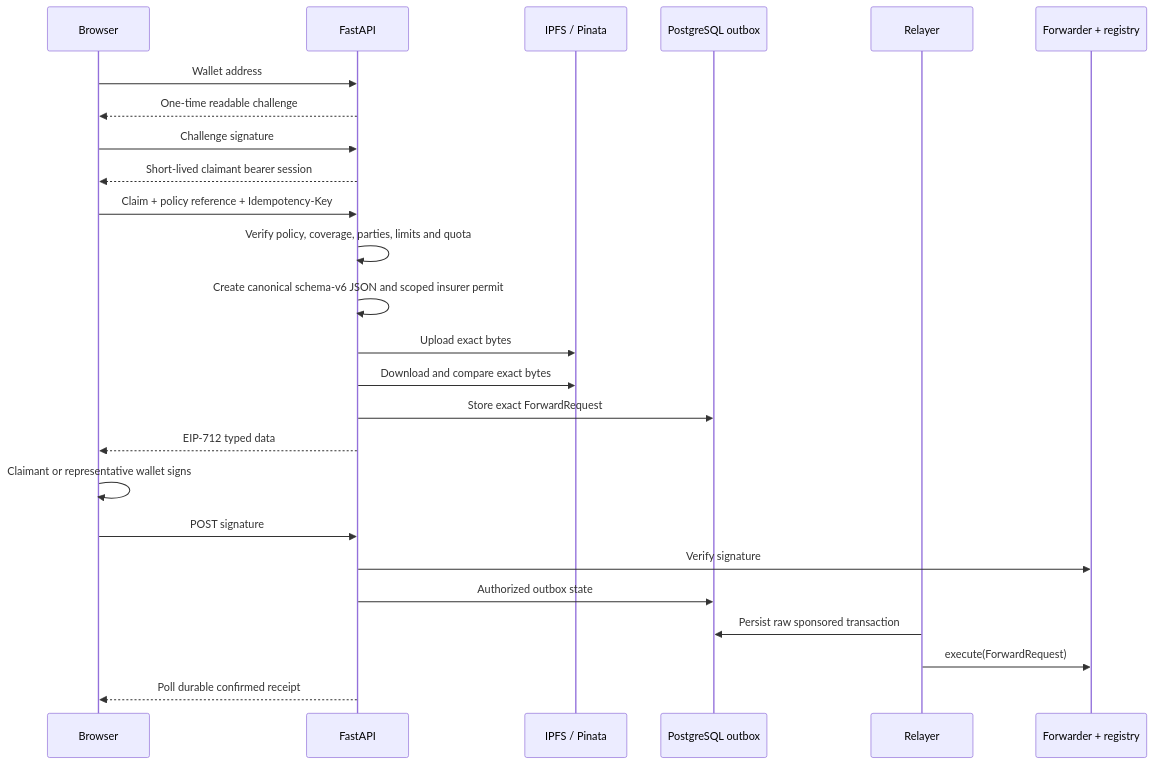
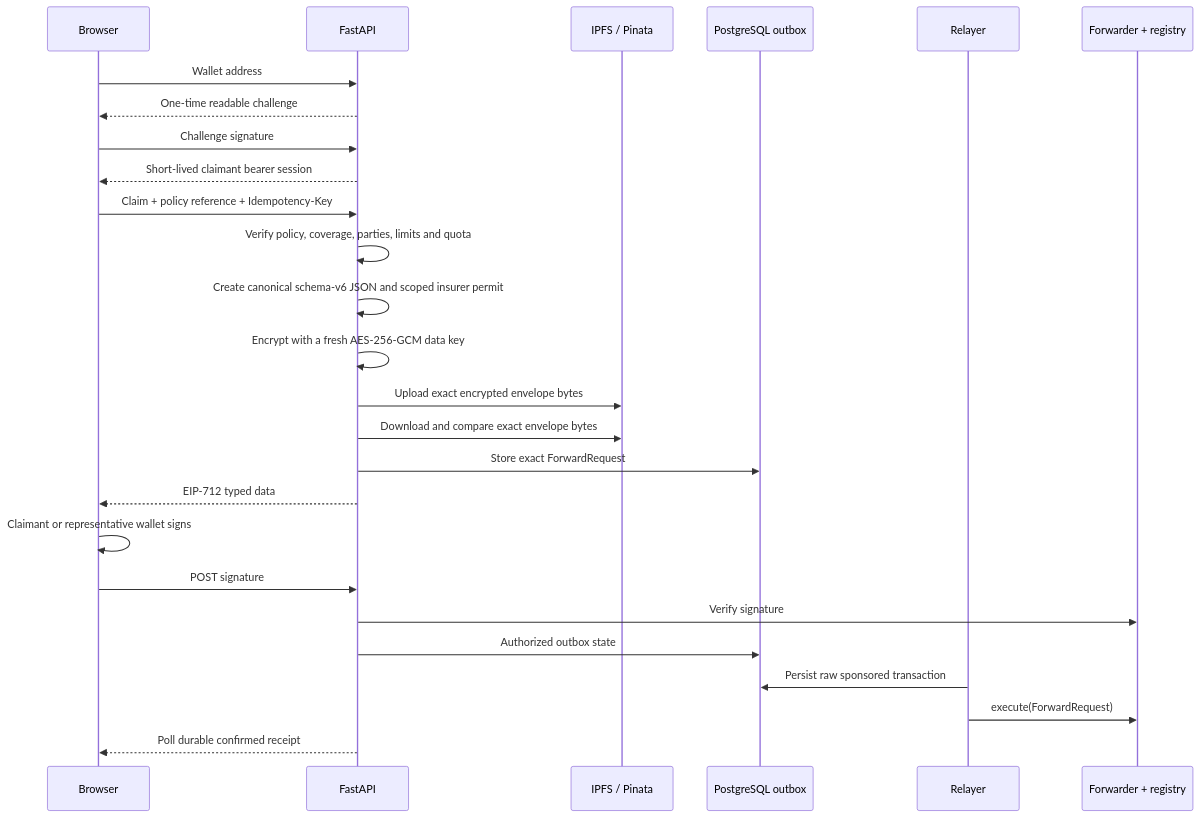
Before and after one commit to ganesh1997oli/Decentralized-Claims-Registry: the first of 2 diagrams in apps/backend/README.md, drawn with Mermaid. The commit also changed other lines of this file and 64 other files, not shown here.

````diff
--- a/apps/backend/README.md
+++ b/apps/backend/README.md
@@ -13,28 +14,29 @@
 ```mermaid
 sequenceDiagram
     participant B as Browser
     participant A as FastAPI
     participant I as IPFS / Pinata
     participant P as PostgreSQL outbox
     participant R as Relayer
     participant E as Forwarder + registry
 
     B->>A: Wallet address
     A-->>B: One-time readable challenge
     B->>A: Challenge signature
     A-->>B: Short-lived claimant bearer session
     B->>A: Claim + policy reference + Idempotency-Key
     A->>A: Verify policy, coverage, parties, limits and quota
     A->>A: Create canonical schema-v6 JSON and scoped insurer permit
-    A->>I: Upload exact bytes
-    A->>I: Download and compare exact bytes
+    A->>A: Encrypt with a fresh AES-256-GCM data key
+    A->>I: Upload exact encrypted envelope bytes
+    A->>I: Download and compare exact envelope bytes
     A->>P: Store exact ForwardRequest
     A-->>B: EIP-712 typed data
     B->>B: Claimant or representative wallet signs
     B->>A: POST signature
     A->>E: Verify signature
     A->>P: Authorized outbox state
     R->>P: Persist raw sponsored transaction
     R->>E: execute(ForwardRequest)
     A-->>B: Poll durable confirmed receipt
 ```
````
